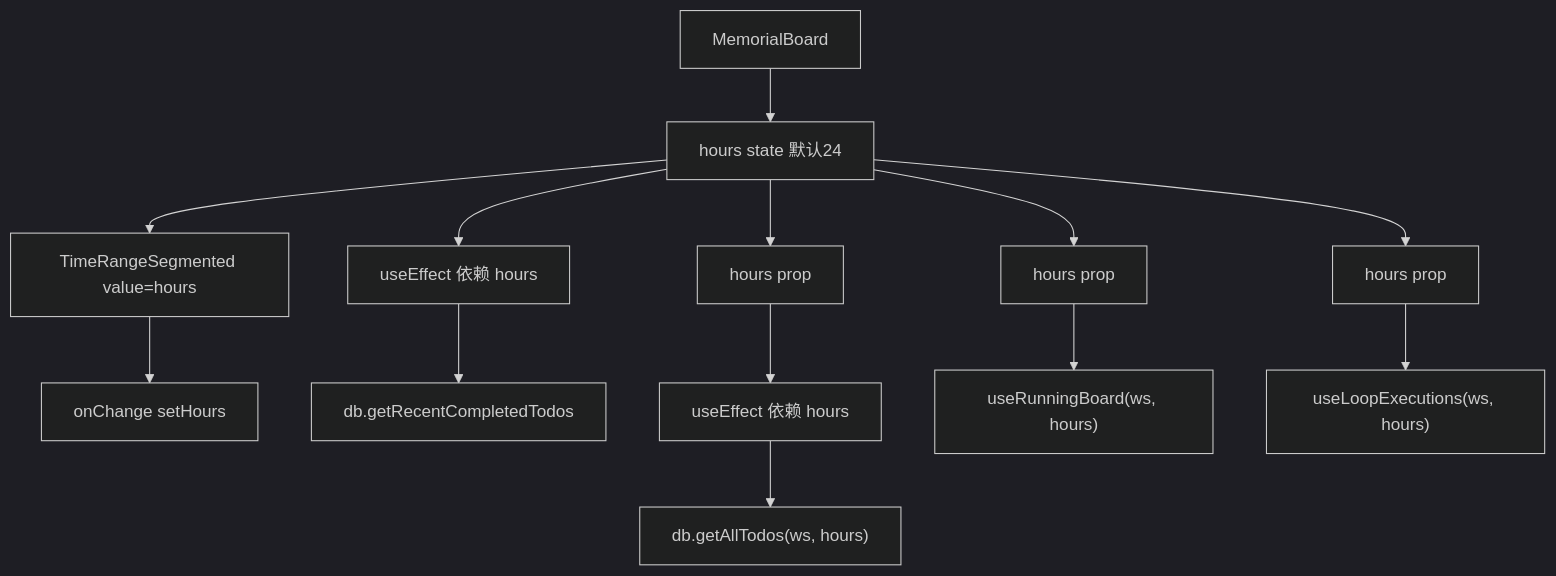
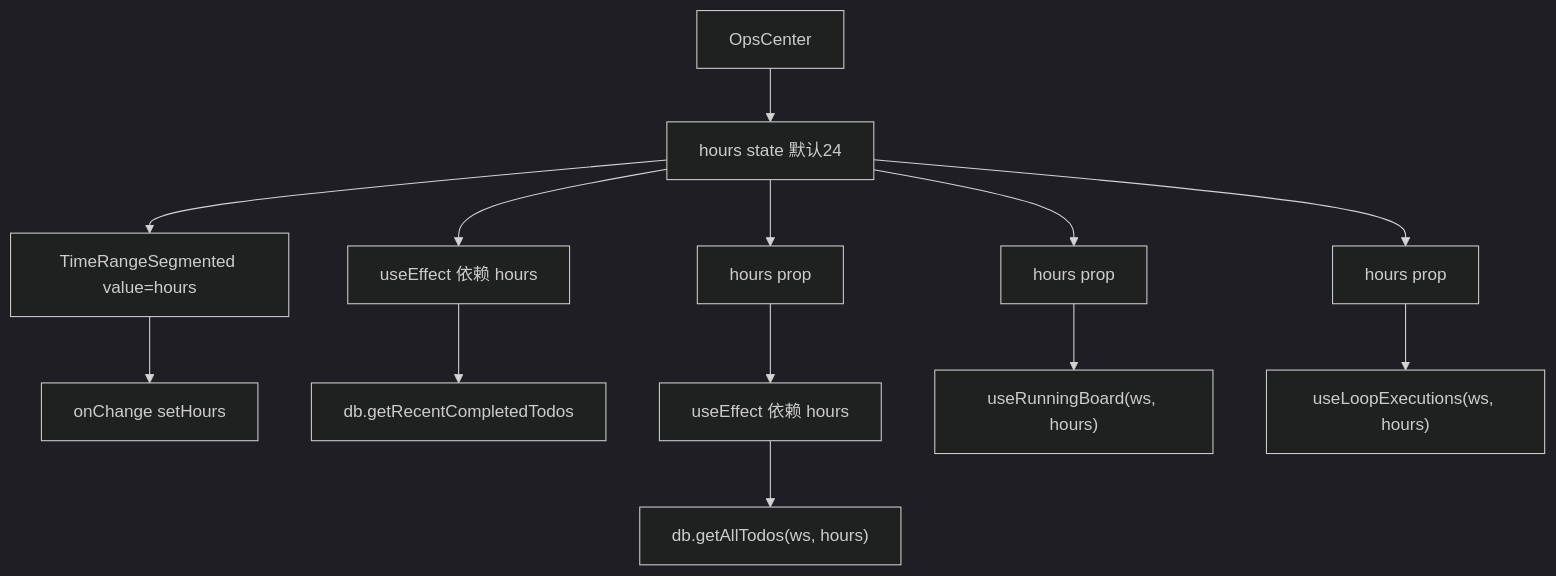
Before and after one commit to weibaohui/ntd: the second of 4 diagrams in frontend/src/help/pages/board-time-filter.md, drawn with Mermaid (dark theme). The commit also changed other lines of this file and 24 other files, not shown here.

First line of the commit message:
refactor(097): 看板视图归位事项菜单 + 独立看板改名运行中心

````diff
--- a/frontend/src/help/pages/board-time-filter.md
+++ b/frontend/src/help/pages/board-time-filter.md
@@ -28,15 +28,15 @@
 ```mermaid
 flowchart TD
-  MemorialBoard --> hours_state["hours state 默认24"]
+  OpsCenter --> hours_state["hours state 默认24"]
   hours_state --> TimeRangeSegmented["TimeRangeSegmented value=hours"]
   TimeRangeSegmented --> setHours["onChange setHours"]
-  hours_state --> useEffect_memorial["useEffect 依赖 hours"]
-  useEffect_memorial --> getRecentCompletedTodos["db.getRecentCompletedTodos"]
+  hours_state --> useEffect_conclusion["useEffect 依赖 hours"]
+  useEffect_conclusion --> getRecentCompletedTodos["db.getRecentCompletedTodos"]
   hours_state --> KanbanBoard["hours prop"]
   KanbanBoard --> useEffect_kanban["useEffect 依赖 hours"]
   useEffect_kanban --> getAllTodos["db.getAllTodos(ws, hours)"]
   hours_state --> RunningBoard["hours prop"]
   RunningBoard --> useRunningBoard["useRunningBoard(ws, hours)"]
   hours_state --> LoopKanban["hours prop"]
   LoopKanban --> useLoopExecutions["useLoopExecutions(ws, hours)"]
 ```
````
